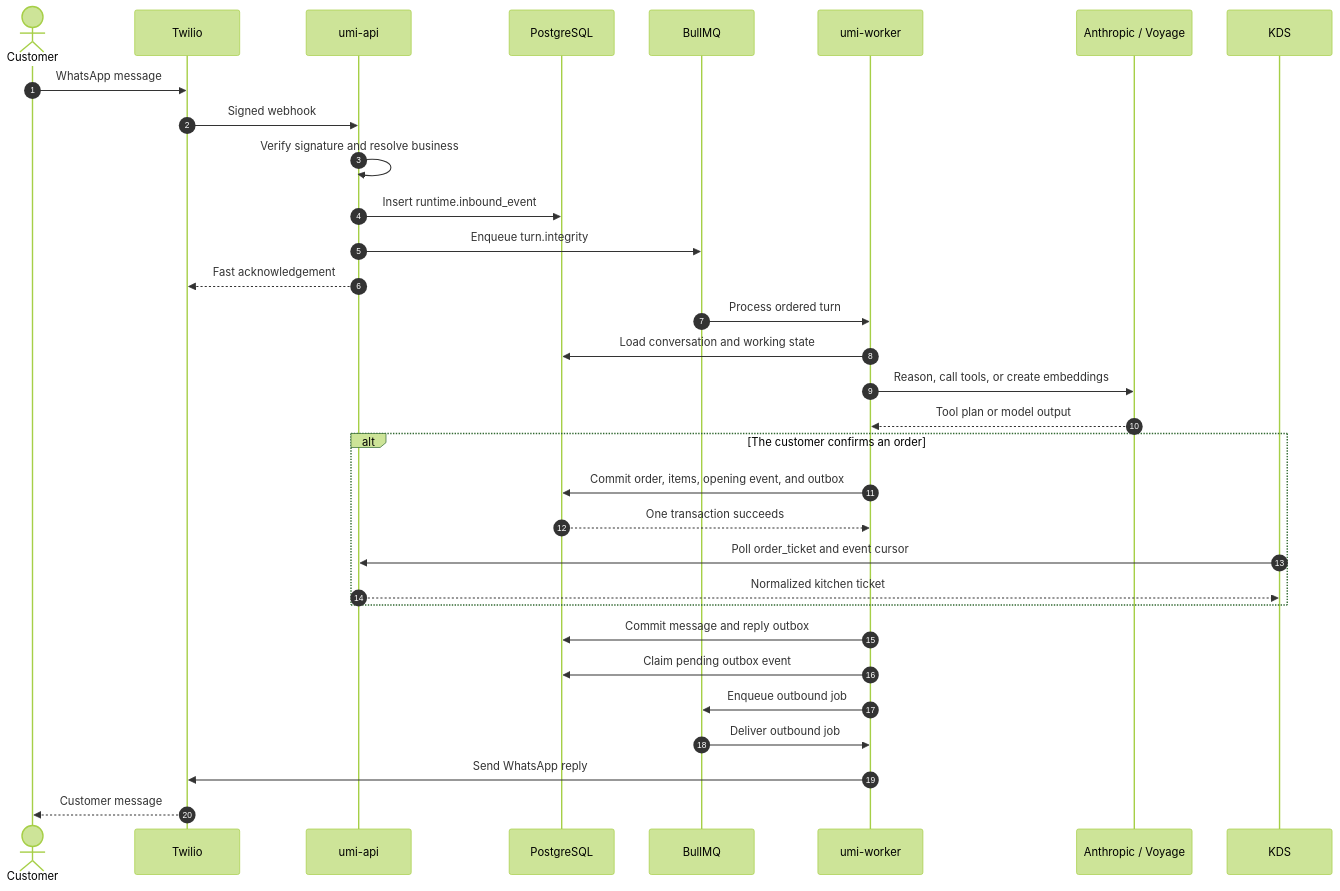
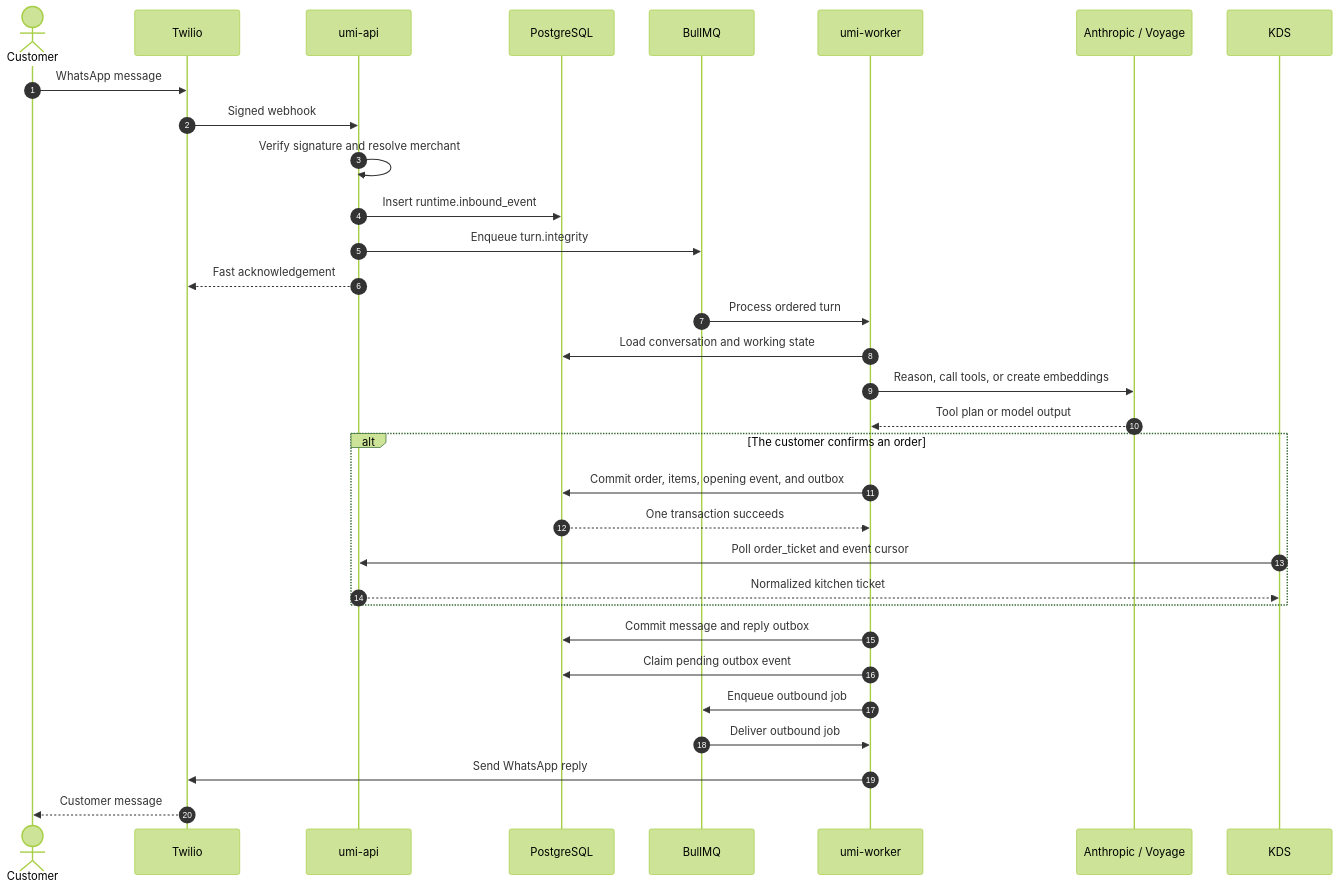
One commit to umiconsulting/umi changed the ninth of 17 diagrams in docs/architecture/umi-platform-architecture-presentation.md. Above: the diagram before and after it, drawn with Mermaid (forest theme). The commit also changed other lines of this file and 214 other files, not shown here.

````diff
--- a/docs/architecture/umi-platform-architecture-presentation.md
+++ b/docs/architecture/umi-platform-architecture-presentation.md
@@ -445,38 +445,38 @@
 ```mermaid
 sequenceDiagram
   autonumber
   actor C as Customer
   participant T as Twilio
   participant A as umi-api
   participant D as PostgreSQL
   participant Q as BullMQ
   participant W as umi-worker
   participant M as Anthropic / Voyage
   participant K as KDS
 
   C->>T: WhatsApp message
   T->>A: Signed webhook
-  A->>A: Verify signature and resolve business
+  A->>A: Verify signature and resolve merchant
   A->>D: Insert runtime.inbound_event
   A->>Q: Enqueue turn.integrity
   A-->>T: Fast acknowledgement
 
   Q->>W: Process ordered turn
   W->>D: Load conversation and working state
   W->>M: Reason, call tools, or create embeddings
   M-->>W: Tool plan or model output
 
   alt The customer confirms an order
     W->>D: Commit order, items, opening event, and outbox
     D-->>W: One transaction succeeds
     K->>A: Poll order_ticket and event cursor
     A-->>K: Normalized kitchen ticket
   end
 
   W->>D: Commit message and reply outbox
   W->>D: Claim pending outbox event
   W->>Q: Enqueue outbound job
   Q->>W: Deliver outbound job
   W->>T: Send WhatsApp reply
   T-->>C: Customer message
 ```
````
